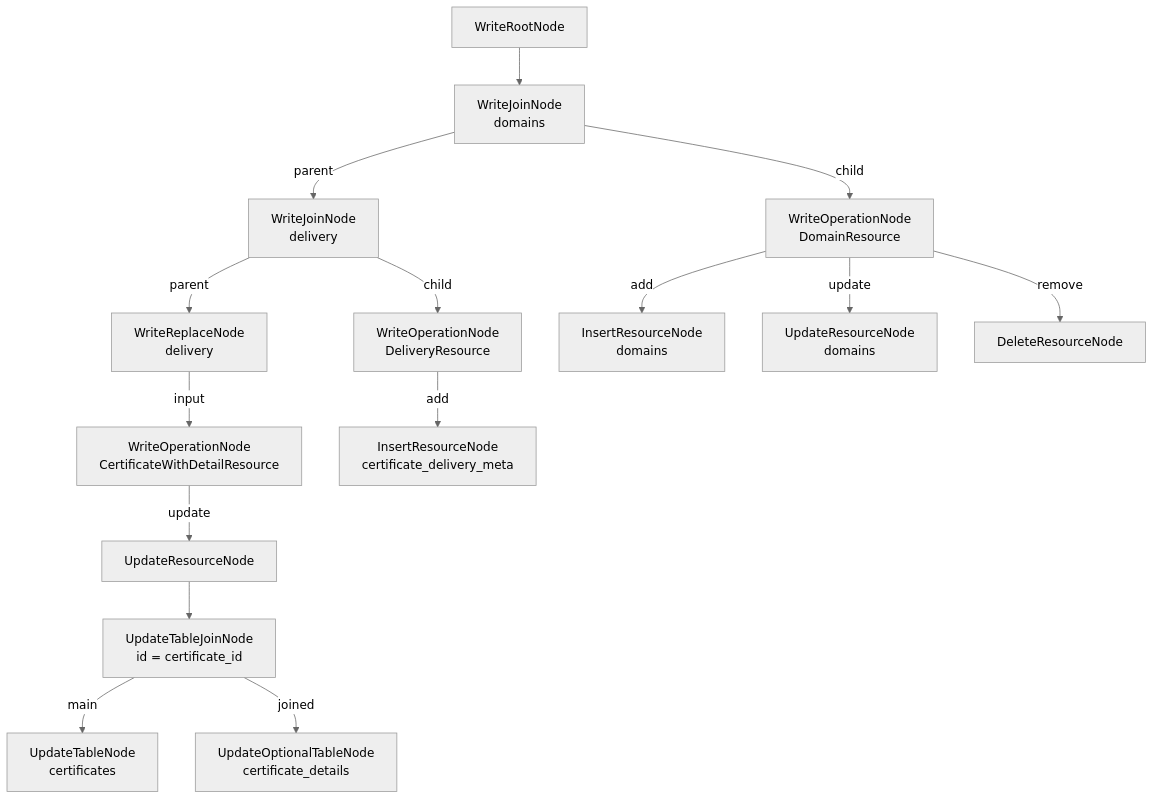
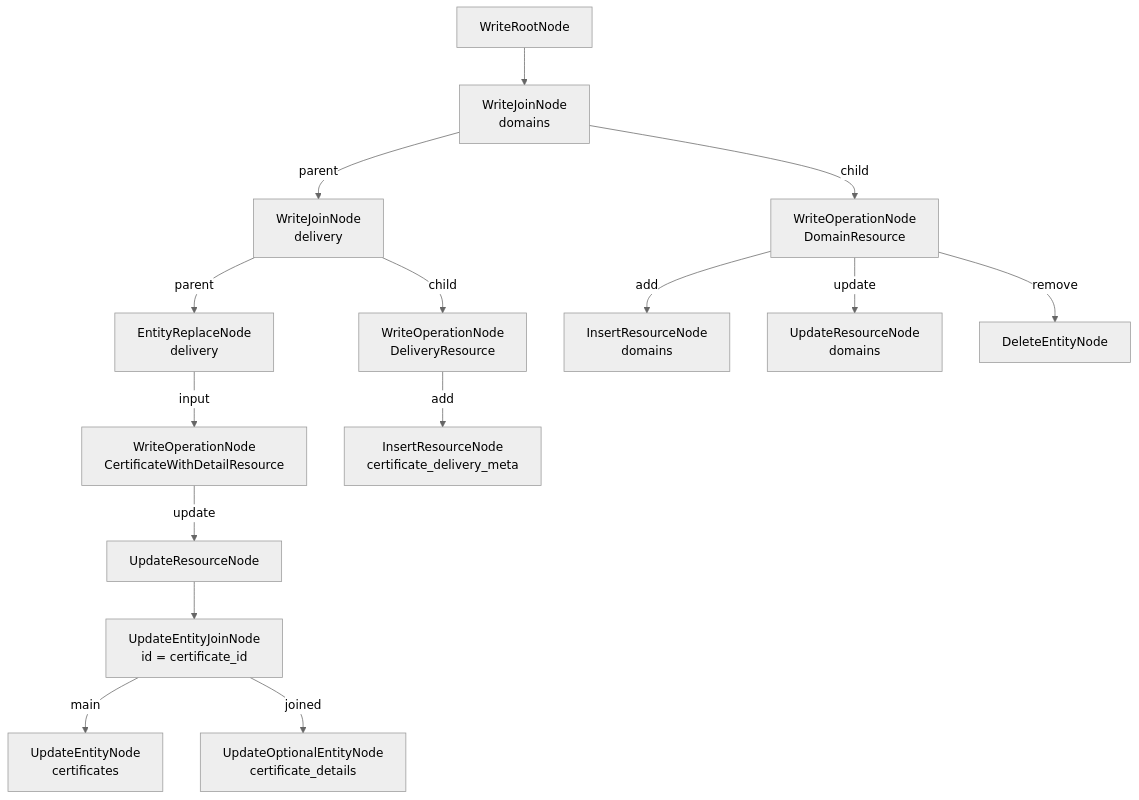
The second of 3 diagrams in example/patch-document.md (eduard-gr/jsonapi-engine), drawn with Mermaid (neutral theme) before and after one commit. The commit also changed other lines of this file and 286 other files, not shown here.

````diff
--- a/example/patch-document.md
+++ b/example/patch-document.md
@@ -341,17 +342,17 @@
 ```mermaid
 flowchart TD
     R["WriteRootNode"] --> JD["WriteJoinNode<br/>domains"]
     JD -->|parent| JV["WriteJoinNode<br/>delivery"]
     JD -->|child| OD["WriteOperationNode<br/>DomainResource"]
-    JV -->|parent| RV["WriteReplaceNode<br/>delivery"]
+    JV -->|parent| RV["EntityReplaceNode<br/>delivery"]
     RV -->|input| OC["WriteOperationNode<br/>CertificateWithDetailResource"]
     JV -->|child| OV["WriteOperationNode<br/>DeliveryResource"]
     OC -->|update| UC["UpdateResourceNode"]
-    UC --> TJ["UpdateTableJoinNode<br/>id = certificate_id"]
-    TJ -->|main| T1["UpdateTableNode<br/>certificates"]
-    TJ -->|joined| T2["UpdateOptionalTableNode<br/>certificate_details"]
+    UC --> TJ["UpdateEntityJoinNode<br/>id = certificate_id"]
+    TJ -->|main| T1["UpdateEntityNode<br/>certificates"]
+    TJ -->|joined| T2["UpdateOptionalEntityNode<br/>certificate_details"]
     OV -->|add| IV["InsertResourceNode<br/>certificate_delivery_meta"]
     OD -->|add| ID["InsertResourceNode<br/>domains"]
     OD -->|update| UD["UpdateResourceNode<br/>domains"]
-    OD -->|remove| DD["DeleteResourceNode"]
+    OD -->|remove| DD["DeleteEntityNode"]
 ```
````
